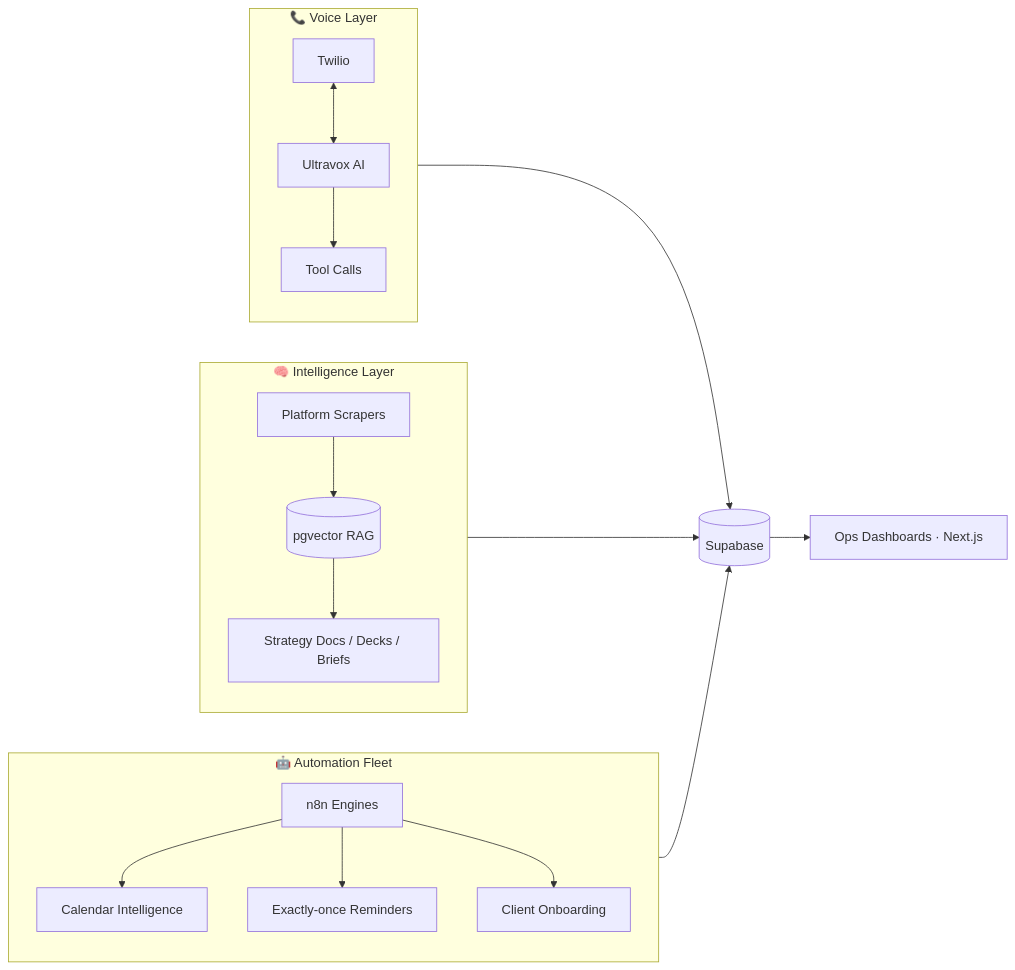
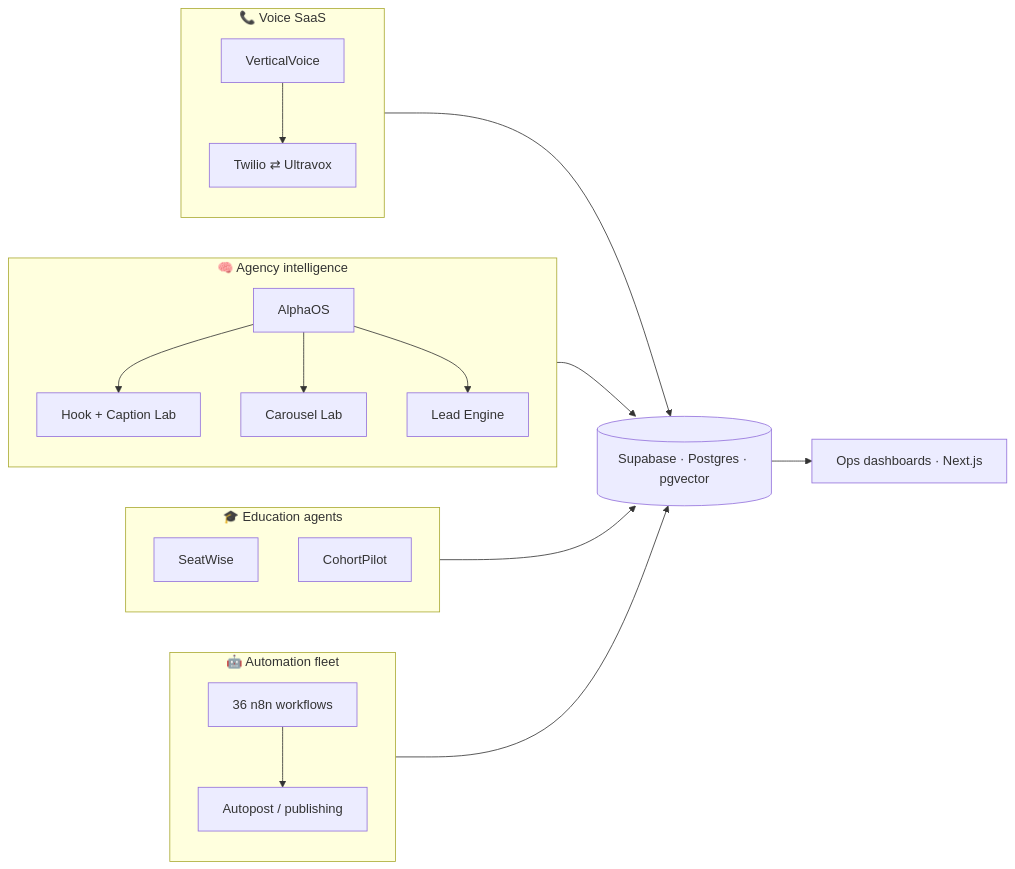
Before and after one commit to FakharEAli/FakharEAli: the diagram in README.md, drawn with Mermaid. The commit also changed other lines of this file and 1 other file, not shown here.

````diff
--- a/README.md
+++ b/README.md
@@ -75,20 +109,23 @@
 ```mermaid
 flowchart LR
-    subgraph Voice["📞 Voice Layer"]
-        TW[Twilio] <--> UV[Ultravox AI]
-        UV --> TC[Tool Calls]
+    subgraph Voice["📞 Voice SaaS"]
+        VV[VerticalVoice] --> TW[Twilio ⇄ Ultravox]
     end
-    subgraph Intel["🧠 Intelligence Layer"]
-        SC[Platform Scrapers] --> RAG[(pgvector RAG)]
-        RAG --> DOCS[Strategy Docs / Decks / Briefs]
+    subgraph Intel["🧠 Agency intelligence"]
+        AOS[AlphaOS] --> HCL[Hook + Caption Lab]
+        AOS --> CL[Carousel Lab]
+        AOS --> LE[Lead Engine]
     end
-    subgraph Fleet["🤖 Automation Fleet"]
-        N8N[n8n Engines] --> CAL[Calendar Intelligence]
-        N8N --> REM[Exactly-once Reminders]
-        N8N --> ONB[Client Onboarding]
+    subgraph Edu["🎓 Education agents"]
+        SW[SeatWise]
+        CP[CohortPilot]
     end
-    Voice --> DB[(Supabase)]
+    subgraph Fleet["🤖 Automation fleet"]
+        N8N[36 n8n workflows] --> AP[Autopost / publishing]
+    end
+    Voice --> DB[(Supabase · Postgres · pgvector)]
     Intel --> DB
+    Edu --> DB
     Fleet --> DB
-    DB --> OPS[Ops Dashboards · Next.js]
+    DB --> DASH[Ops dashboards · Next.js]
 ```
````
